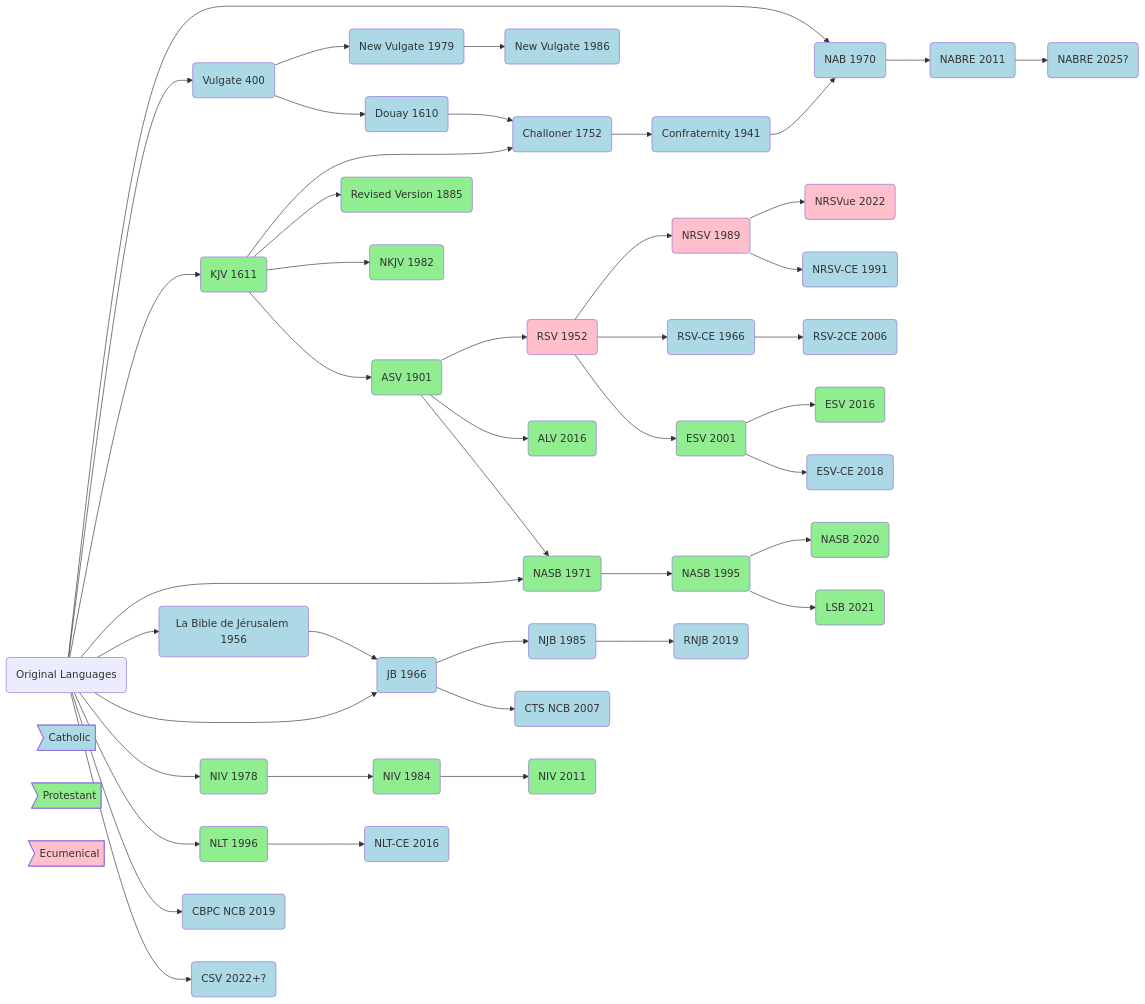
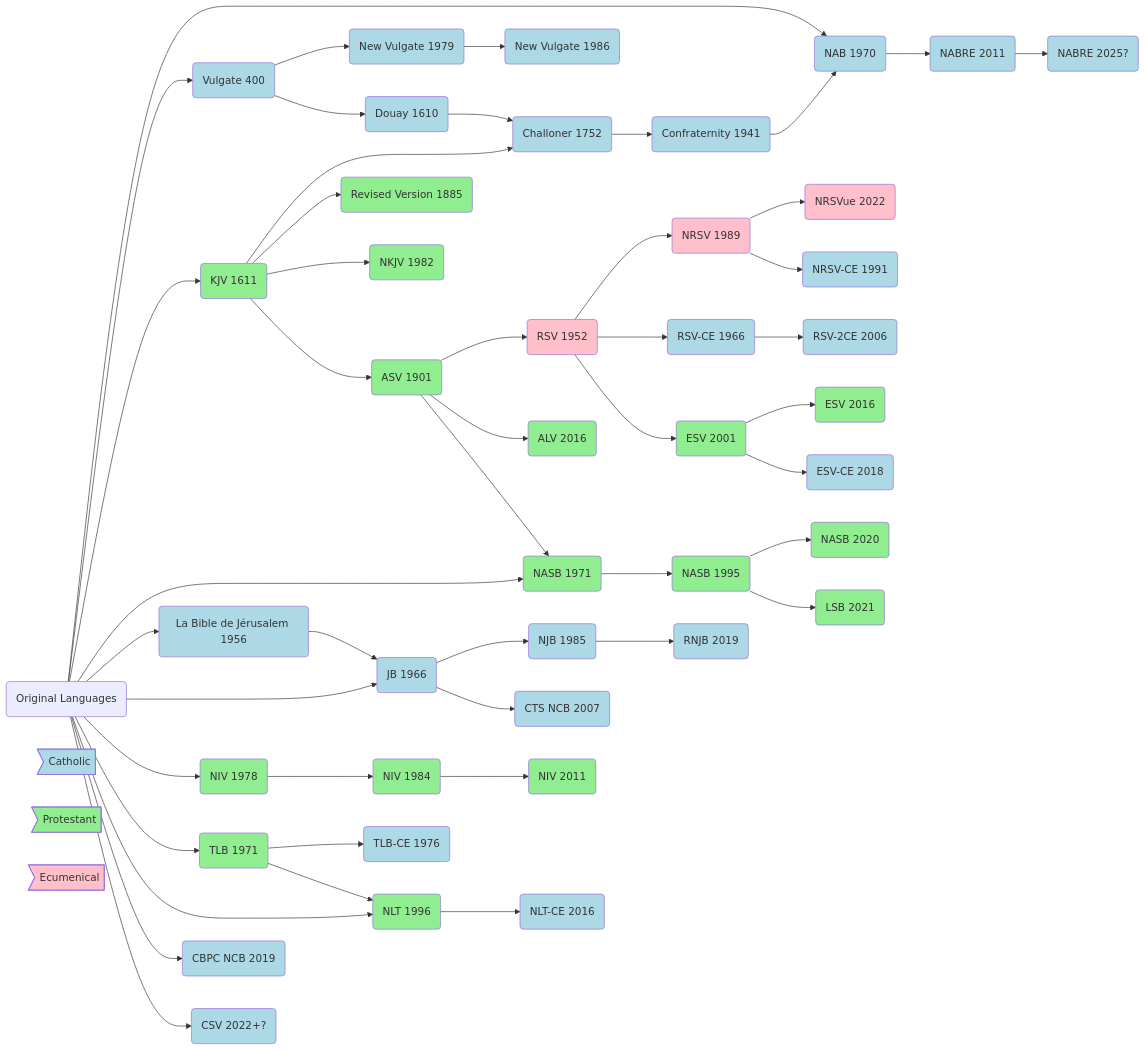
Before and after one commit to mkudija/mkudija.github.io: the diagram in notes/_md/Bible Translation Chart.md, drawn with Mermaid. The commit also changed other lines of this file and 8 other files, not shown here.

```diff
--- a/notes/_md/Bible Translation Chart.md
+++ b/notes/_md/Bible Translation Chart.md
@@ -42,6 +42,8 @@
 jb(JB 1966)
 njb(NJB 1985)
 rnjb(RNJB 2019)
+tlb(TLB 1971)
+tlbce(TLB-CE 1976)
 nlt(NLT 1996)
 nltce(NLT-CE 2016)
 alv(ALV 2016)
@@ -94,6 +96,9 @@
 jb --> ctsncb:::ct
 njb --> rnjb:::ct
 orig --> niv:::pt
+orig --> tlb:::pt
+tlb --> tlbce:::ct
+tlb --> nlt
 orig --> nlt:::pt
 nlt --> nltce:::ct
 niv --> niv84:::pt
```
